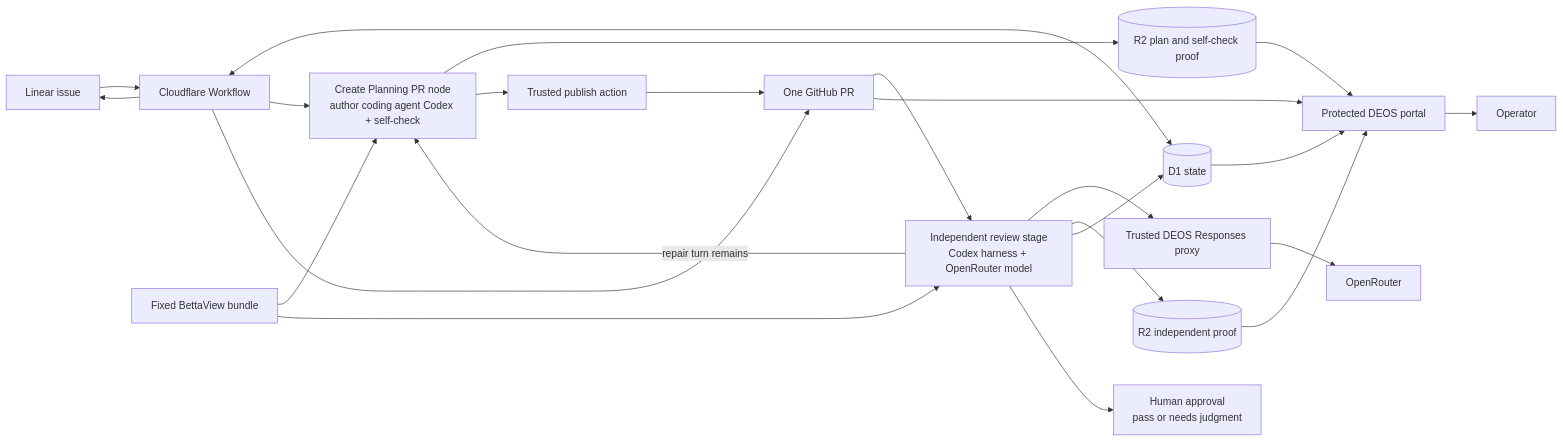
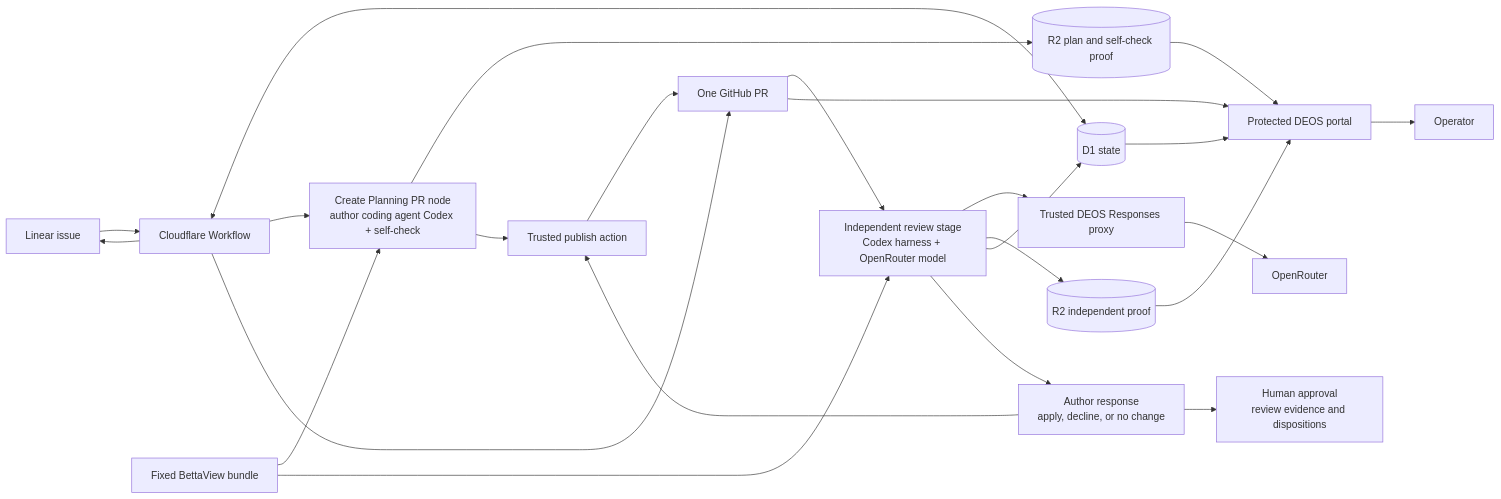
The first of 2 diagrams in openspec/changes/add-openspec-traceability-review/design.md (sachinkundu/deos), drawn with Mermaid before and after one commit. The commit also changed other lines of this file and 37 other files, not shown here.

````diff
--- a/openspec/changes/add-openspec-traceability-review/design.md
+++ b/openspec/changes/add-openspec-traceability-review/design.md
@@ -40,29 +40,30 @@
 ```mermaid
 flowchart LR
     L[Linear issue] --> W[Cloudflare Workflow]
     W <--> D[(D1 state)]
 
     W --> C[Create Planning PR node<br/>author coding agent Codex + self-check]
     B[Fixed BettaView bundle] --> C
     C --> R[(R2 plan and self-check proof)]
     C --> P[Trusted publish action]
     P --> G[One GitHub PR]
 
     G --> I[Independent review stage<br/>Codex harness + OpenRouter model]
     I --> X[Trusted DEOS Responses proxy]
     X --> OR[OpenRouter]
     B --> I
     I --> E[(R2 independent proof)]
     I --> D
-    I -->|repair turn remains| C
-    I --> H[Human approval<br/>pass or needs judgment]
+    I --> A[Author response<br/>apply, decline, or no change]
+    A --> P
+    A --> H[Human approval<br/>review evidence and dispositions]
 
     D --> O[Protected DEOS portal]
     R --> O
     E --> O
     G --> O
     O --> U[Operator]
 
     W --> G
     W --> L
 ```
````
